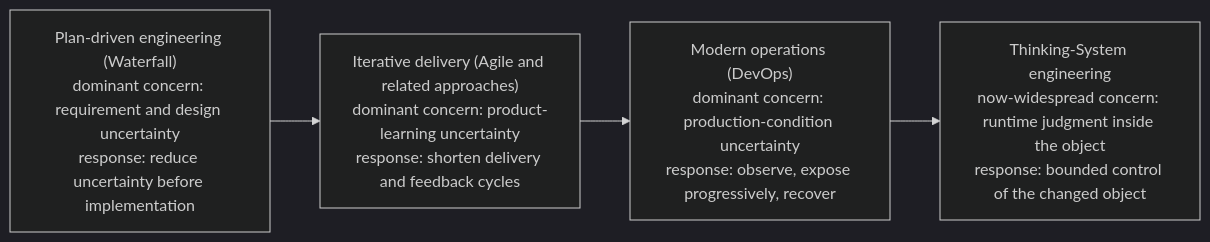
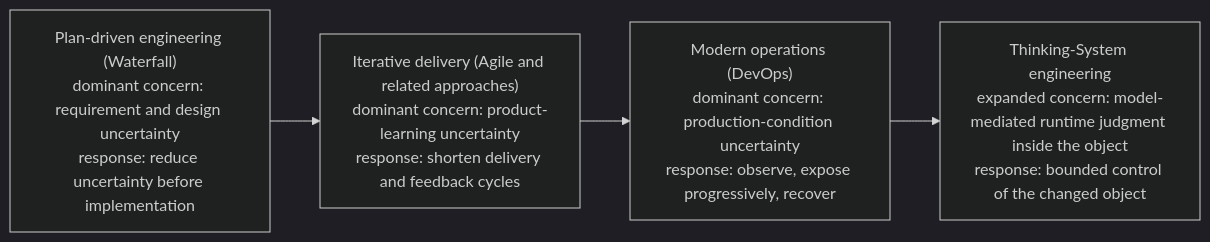
The first of 8 diagrams in content/research/notes/thinking-systems-publication-draft.md (UncertaintyArchitectureGroup/uncertainty-architecture), drawn with Mermaid (dark theme) before and after one commit. The commit also changed other lines of this file and 9 other files, not shown here.

````diff
--- a/content/research/notes/thinking-systems-publication-draft.md
+++ b/content/research/notes/thinking-systems-publication-draft.md
@@ -81,9 +81,9 @@
 ```mermaid
 flowchart LR
     W["Plan-driven engineering (Waterfall)<br/>dominant concern: requirement and design uncertainty<br/>response: reduce uncertainty before implementation"]
     A["Iterative delivery (Agile and related approaches)<br/>dominant concern: product-learning uncertainty<br/>response: shorten delivery and feedback cycles"]
     D["Modern operations (DevOps)<br/>dominant concern: production-condition uncertainty<br/>response: observe, expose progressively, recover"]
-    T["Thinking-System engineering<br/>now-widespread concern: runtime judgment inside the object<br/>response: bounded control of the changed object"]
+    T["Thinking-System engineering<br/>expanded concern: model-mediated runtime judgment inside the object<br/>response: bounded control of the changed object"]
 
     W --> A --> D --> T
 ```
````
